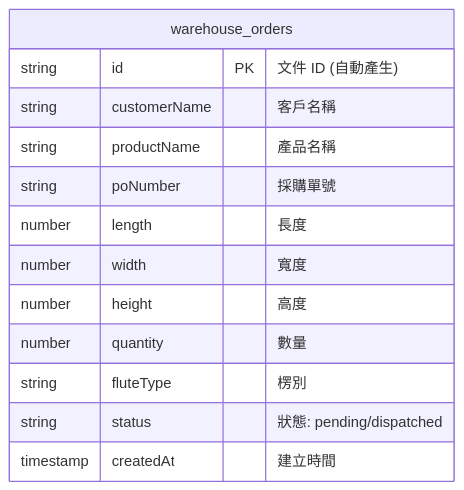
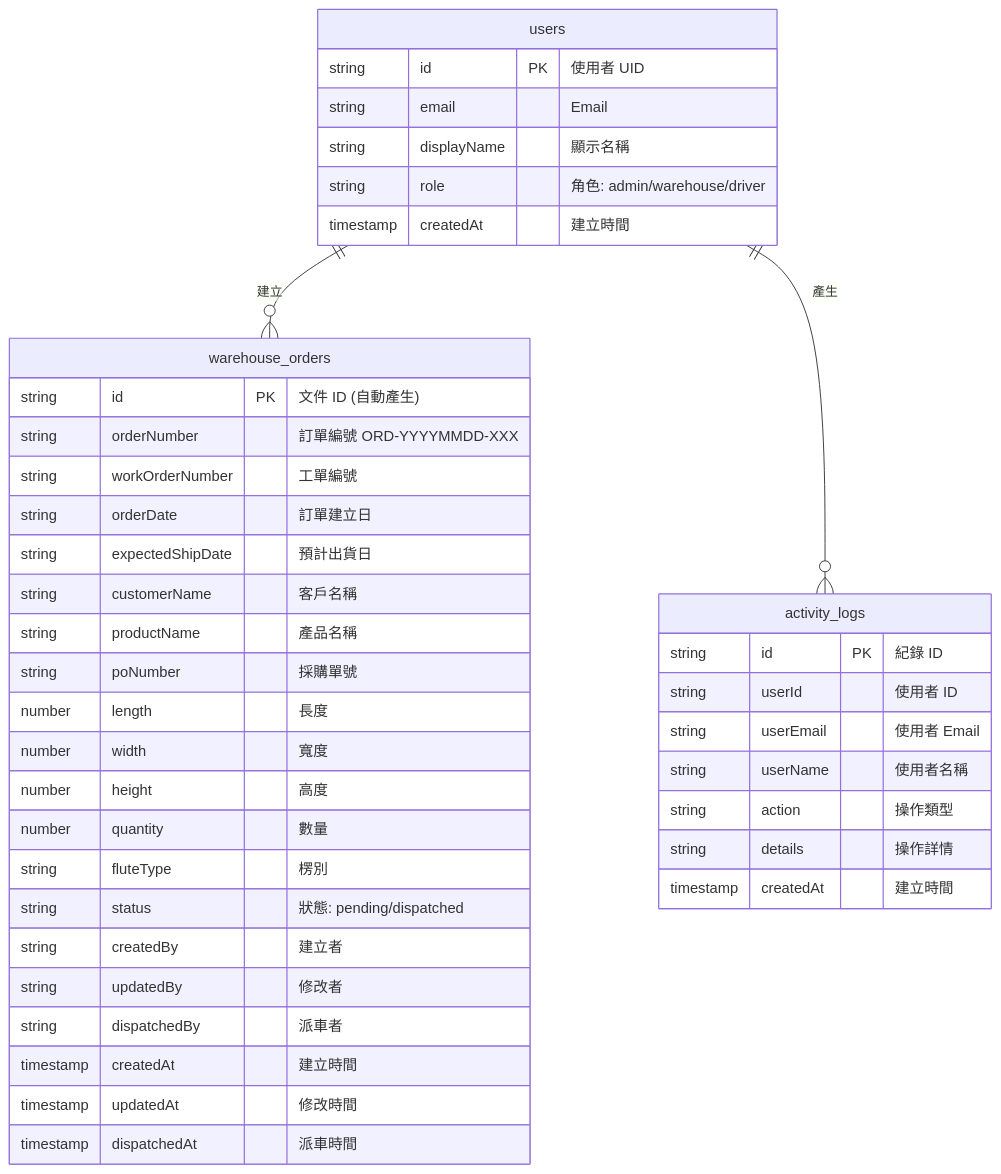
Before and after one commit to eric4577599/WH-QR-Code: the ninth of 11 diagrams in WH-QR-CODE開發設計.md, drawn with Mermaid. The commit also changed other lines of this file, not shown here.

````diff
--- a/WH-QR-CODE開發設計.md
+++ b/WH-QR-CODE開發設計.md
@@ -260,16 +286,46 @@
 ```mermaid
 erDiagram
     warehouse_orders {
         string id PK "文件 ID (自動產生)"
+        string orderNumber "訂單編號 ORD-YYYYMMDD-XXX"
+        string workOrderNumber "工單編號"
+        string orderDate "訂單建立日"
+        string expectedShipDate "預計出貨日"
         string customerName "客戶名稱"
         string productName "產品名稱"
         string poNumber "採購單號"
         number length "長度"
         number width "寬度"
         number height "高度"
         number quantity "數量"
         string fluteType "楞別"
         string status "狀態: pending/dispatched"
+        string createdBy "建立者"
+        string updatedBy "修改者"
+        string dispatchedBy "派車者"
+        timestamp createdAt "建立時間"
+        timestamp updatedAt "修改時間"
+        timestamp dispatchedAt "派車時間"
+    }
+
+    users {
+        string id PK "使用者 UID"
+        string email "Email"
+        string displayName "顯示名稱"
+        string role "角色: admin/warehouse/driver"
         timestamp createdAt "建立時間"
     }
+
+    activity_logs {
+        string id PK "紀錄 ID"
+        string userId "使用者 ID"
+        string userEmail "使用者 Email"
+        string userName "使用者名稱"
+        string action "操作類型"
+        string details "操作詳情"
+        timestamp createdAt "建立時間"
+    }
+
+    users ||--o{ warehouse_orders : "建立"
+    users ||--o{ activity_logs : "產生"
 ```
````
